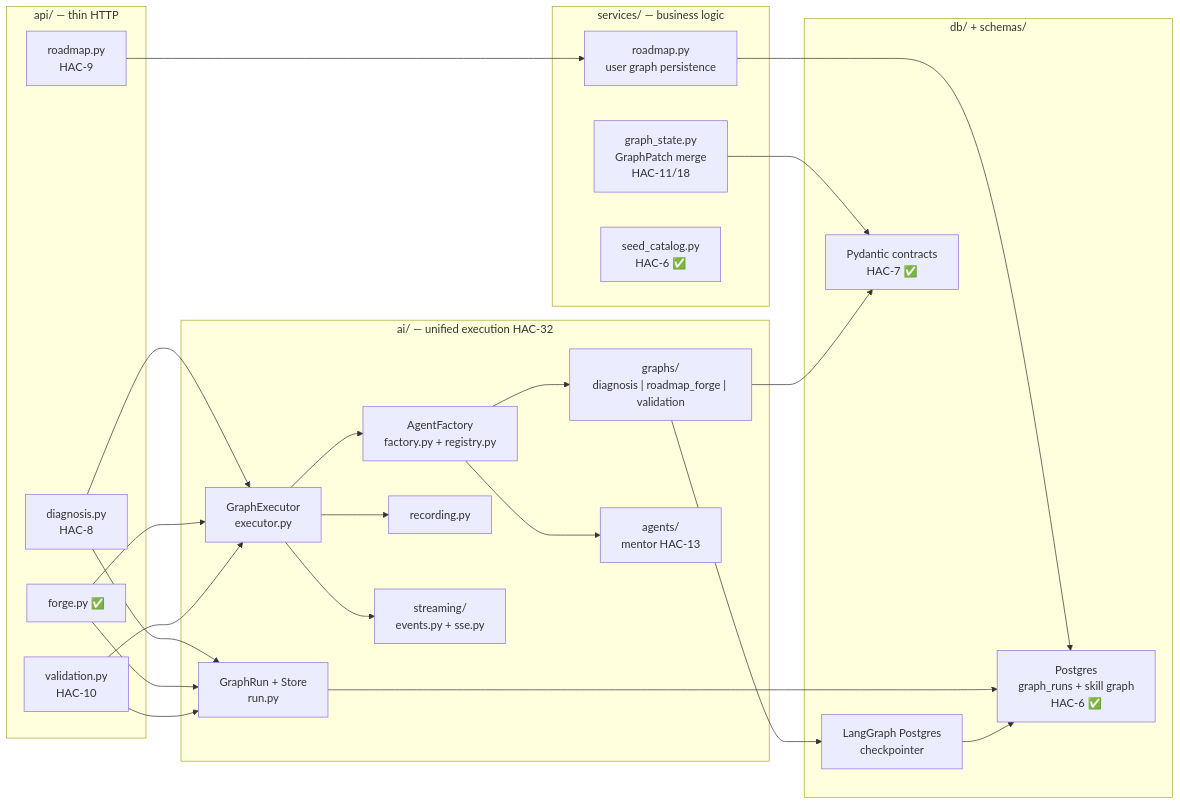
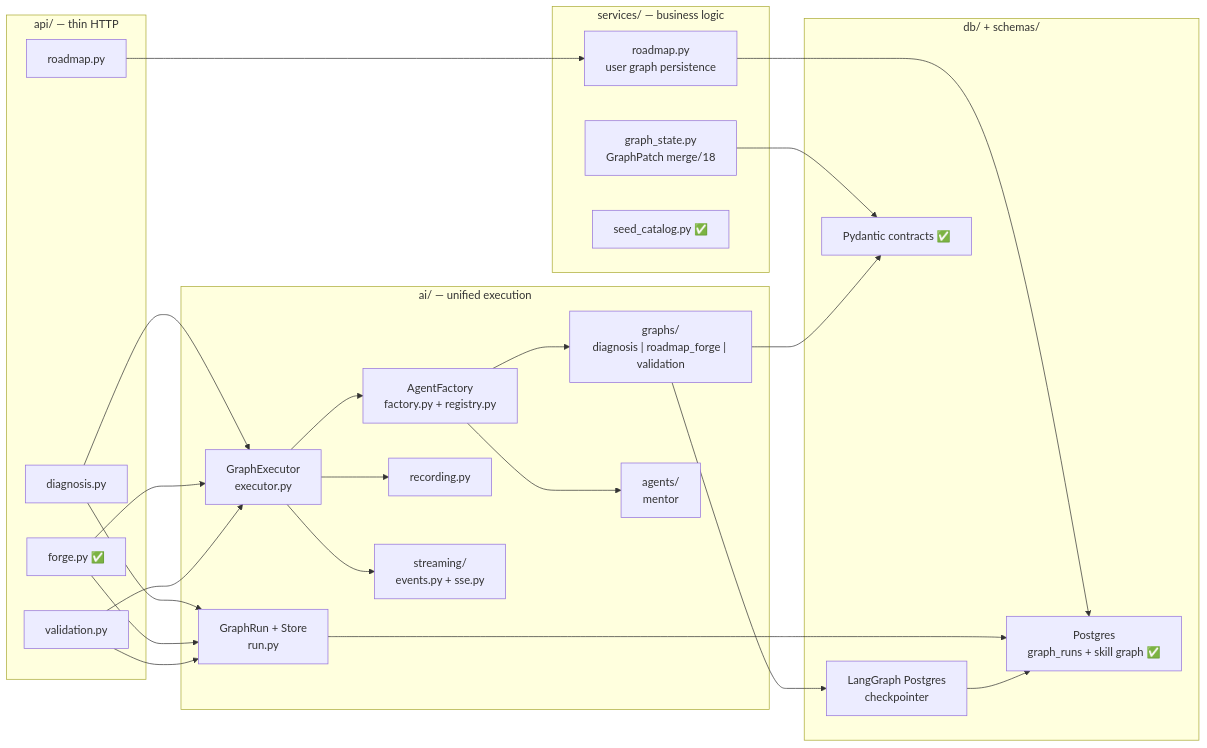
Before and after one commit to BorderlessCodingHub/career-forge-v2: the second of 3 diagrams in docs/engineering/EXECUTION-FLOW.md, drawn with Mermaid. The commit also changed other lines of this file and 41 other files, not shown here.

````diff
--- a/docs/engineering/EXECUTION-FLOW.md
+++ b/docs/engineering/EXECUTION-FLOW.md
@@ -77,45 +77,45 @@
 ```mermaid
 flowchart LR
-    subgraph API["api/ — thin HTTP"]
-        D["diagnosis.py<br/>HAC-8"]
-        F["forge.py ✅"]
-        R["roadmap.py<br/>HAC-9"]
-        V["validation.py<br/>HAC-10"]
-    end
+ subgraph API["api/ — thin HTTP"]
+ D["diagnosis.py"]
+ F["forge.py ✅"]
+ R["roadmap.py"]
+ V["validation.py"]
+ end
 
-    subgraph SVC["services/ — business logic"]
-        RS["roadmap.py<br/>user graph persistence"]
-        GS["graph_state.py<br/>GraphPatch merge<br/>HAC-11/18"]
-        SC["seed_catalog.py<br/>HAC-6 ✅"]
-    end
+ subgraph SVC["services/ — business logic"]
+ RS["roadmap.py<br/>user graph persistence"]
+ GS["graph_state.py<br/>GraphPatch merge/18"]
+ SC["seed_catalog.py ✅"]
+ end
 
-    subgraph AI["ai/ — unified execution HAC-32"]
-        GR["GraphRun + Store<br/>run.py"]
-        EX["GraphExecutor<br/>executor.py"]
-        AF["AgentFactory<br/>factory.py + registry.py"]
-        REC["recording.py"]
-        STR["streaming/<br/>events.py + sse.py"]
-        G["graphs/<br/>diagnosis | roadmap_forge | validation"]
-        A["agents/<br/>mentor HAC-13"]
-    end
+ subgraph AI["ai/ — unified execution "]
+ GR["GraphRun + Store<br/>run.py"]
+ EX["GraphExecutor<br/>executor.py"]
+ AF["AgentFactory<br/>factory.py + registry.py"]
+ REC["recording.py"]
+ STR["streaming/<br/>events.py + sse.py"]
+ G["graphs/<br/>diagnosis | roadmap_forge | validation"]
+ A["agents/<br/>mentor "]
+ end
 
-    subgraph DB["db/ + schemas/"]
-        PG["Postgres<br/>graph_runs + skill graph<br/>HAC-6 ✅"]
-        CP["LangGraph Postgres<br/>checkpointer"]
-        PY["Pydantic contracts<br/>HAC-7 ✅"]
-    end
+ subgraph DB["db/ + schemas/"]
+ PG["Postgres<br/>graph_runs + skill graph ✅"]
+ CP["LangGraph Postgres<br/>checkpointer"]
+ PY["Pydantic contracts ✅"]
+ end
 
-    D & F & V --> GR
-    D & F & V --> EX
-    R --> RS
-    RS --> PG
-    GS --> PY
-    EX --> AF
-    AF --> G & A
-    EX --> REC
-    EX --> STR
-    G --> PY
-    G --> CP
-    GR --> PG
-    CP --> PG
+ D & F & V --> GR
+ D & F & V --> EX
+ R --> RS
+ RS --> PG
+ GS --> PY
+ EX --> AF
+ AF --> G & A
+ EX --> REC
+ EX --> STR
+ G --> PY
+ G --> CP
+ GR --> PG
+ CP --> PG
 ```
````
